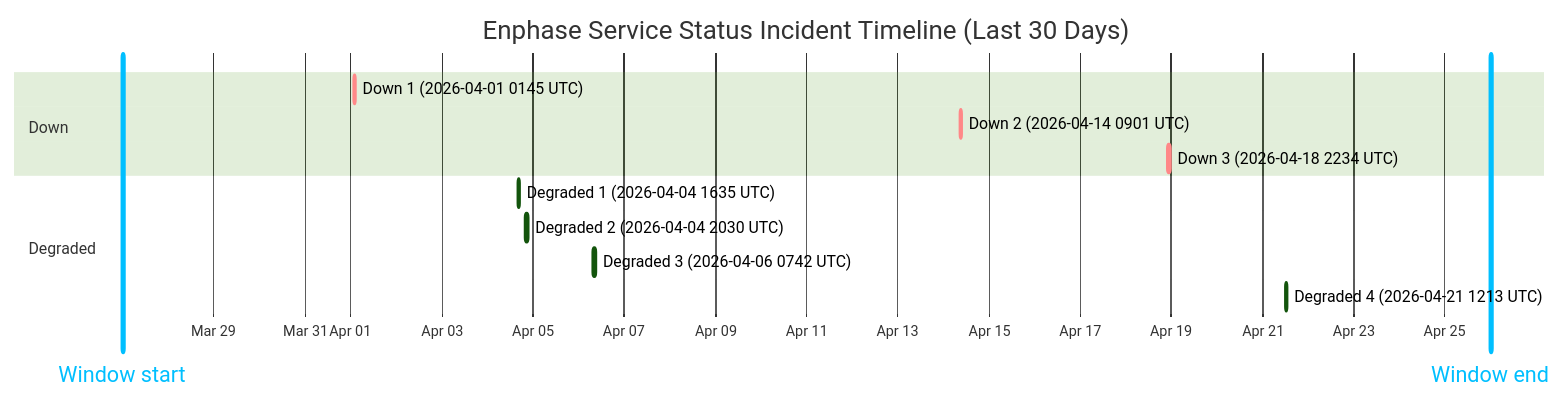
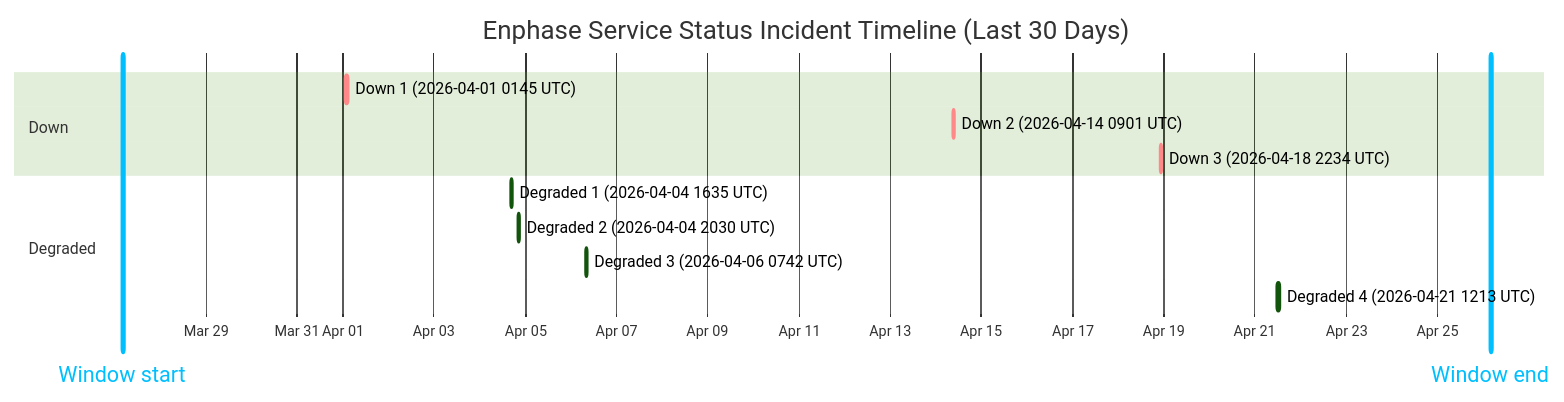
The diagram in wiki/Service-Status-History.md (barneyonline/ha-enphase-ev-charger), drawn with Mermaid (forest theme) before and after one commit. The commit also changed other lines of this file and 3 other files, not shown here.

````diff
--- a/wiki/Service-Status-History.md
+++ b/wiki/Service-Status-History.md
@@ -14,17 +14,17 @@
 ```mermaid
 gantt
     title Enphase Service Status Incident Timeline (Last 30 Days)
     dateFormat  YYYY-MM-DDTHH:mm:ss
     axisFormat  %b %d
-    Window start :vert, window-start, 2026-03-27T00:02:49, 0ms
-    Window end :vert, window-end, 2026-04-26T00:02:49, 0ms
+    Window start :vert, window-start, 2026-03-27T04:01:58, 0ms
+    Window end :vert, window-end, 2026-04-26T04:01:58, 0ms
     section Down
     Down 1 (2026-04-01 0145 UTC) :crit, down-1, 2026-04-01T01:45:09, 60m
     Down 2 (2026-04-14 0901 UTC) :crit, down-2, 2026-04-14T09:01:13, 60m
     Down 3 (2026-04-18 2234 UTC) :crit, down-3, 2026-04-18T22:34:13, 60m
     section Degraded
     Degraded 1 (2026-04-04 1635 UTC) :active, degraded-1, 2026-04-04T16:35:17, 60m
     Degraded 2 (2026-04-04 2030 UTC) :active, degraded-2, 2026-04-04T20:30:40, 60m
     Degraded 3 (2026-04-06 0742 UTC) :active, degraded-3, 2026-04-06T07:42:09, 85m
     Degraded 4 (2026-04-21 1213 UTC) :active, degraded-4, 2026-04-21T12:13:11, 60m
 ```
````
